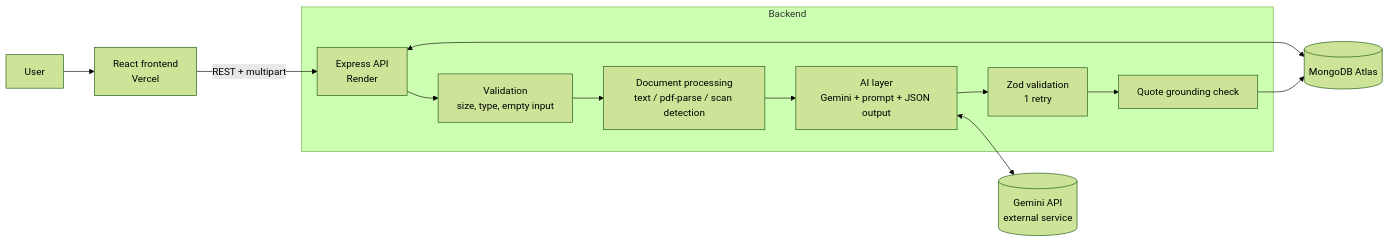
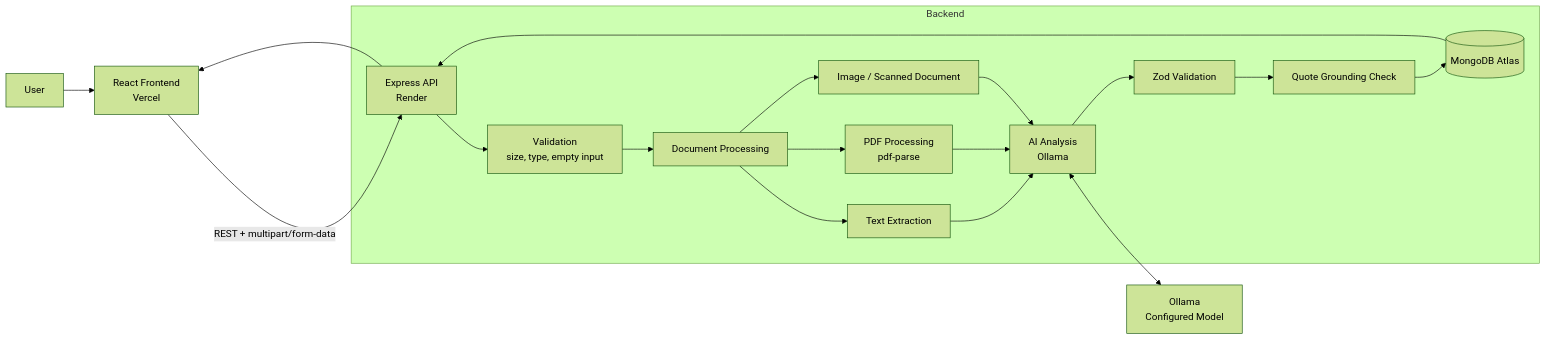
One commit to 23053132-glitch/Clinical-analysis changed the diagram in README.md. Above: the diagram before and after it, drawn with Mermaid (forest theme). The commit also changed other lines of this file, not shown here.

````diff
--- a/README.md
+++ b/README.md
@@ -56,15 +82,30 @@
 ```mermaid
 flowchart LR
-  U[User] --> FE[React frontend<br/>Vercel]
-  FE -- "REST + multipart" --> API[Express API<br/>Render]
+  U[User] --> FE[React Frontend<br/>Vercel]
+
+  FE -- "REST + multipart/form-data" --> API[Express API<br/>Render]
+
   subgraph Backend
     API --> V[Validation<br/>size, type, empty input]
-    V --> EX[Document processing<br/>text / pdf-parse / scan detection]
-    EX --> AI[AI layer<br/>Gemini + prompt + JSON output]
-    AI --> ZV[Zod validation<br/>1 retry]
-    ZV --> GR[Quote grounding check]
+
+    V --> EX[Document Processing]
+
+    EX --> TXT[Text Extraction]
+    EX --> PDF[PDF Processing<br/>pdf-parse]
+    EX --> IMG[Image / Scanned Document]
+
+    TXT --> AI[AI Analysis<br/>Ollama]
+    PDF --> AI
+    IMG --> AI
+
+    AI --> ZV[Zod Validation]
+    ZV --> GR[Quote Grounding Check]
+
+    GR --> DB[(MongoDB Atlas)]
   end
-  AI <--> G[(Gemini API<br/>external service)]
-  GR --> DB[(MongoDB Atlas)]
-  API <--> DB
+
+  AI <--> OL[Ollama<br/>Configured Model]
+
+  DB --> API
+  API --> FE
 ```
````
